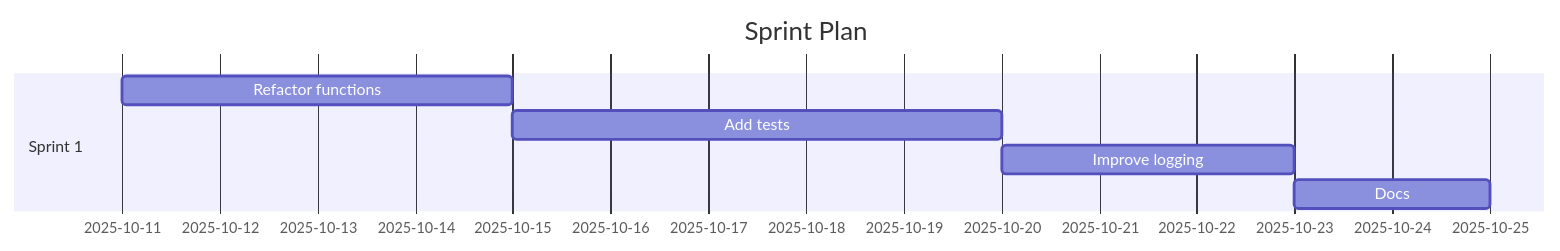
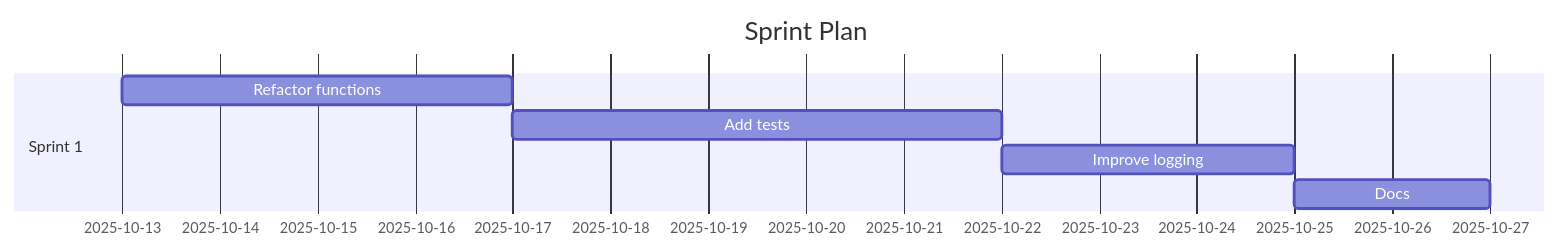
One commit to Anselmoo/mcp-ai-agent-guidelines changed the diagram in demos/demo-code-analysis.sprint.md. Above: the diagram before and after it, drawn with Mermaid. The commit also changed other lines of this file and 29 other files, not shown here.

````diff
--- a/demos/demo-code-analysis.sprint.md
+++ b/demos/demo-code-analysis.sprint.md
@@ -59,11 +59,11 @@
 ```mermaid
 gantt
 	dateFormat  YYYY-MM-DD
 	title Sprint Plan
 %% Accessibility: Title=Project Sprint Plan; Description=Gantt chart of sprints and tasks over time. %%
   section Sprint 1
-  Refactor functions :s1t0, 2025-10-11, 4d
-  Add tests :s1t1, 2025-10-15, 5d
-  Improve logging :s1t2, 2025-10-20, 3d
-  Docs :s1t3, 2025-10-23, 2d
+  Refactor functions :s1t0, 2025-10-13, 4d
+  Add tests :s1t1, 2025-10-17, 5d
+  Improve logging :s1t2, 2025-10-22, 3d
+  Docs :s1t3, 2025-10-25, 2d
 ```
````
